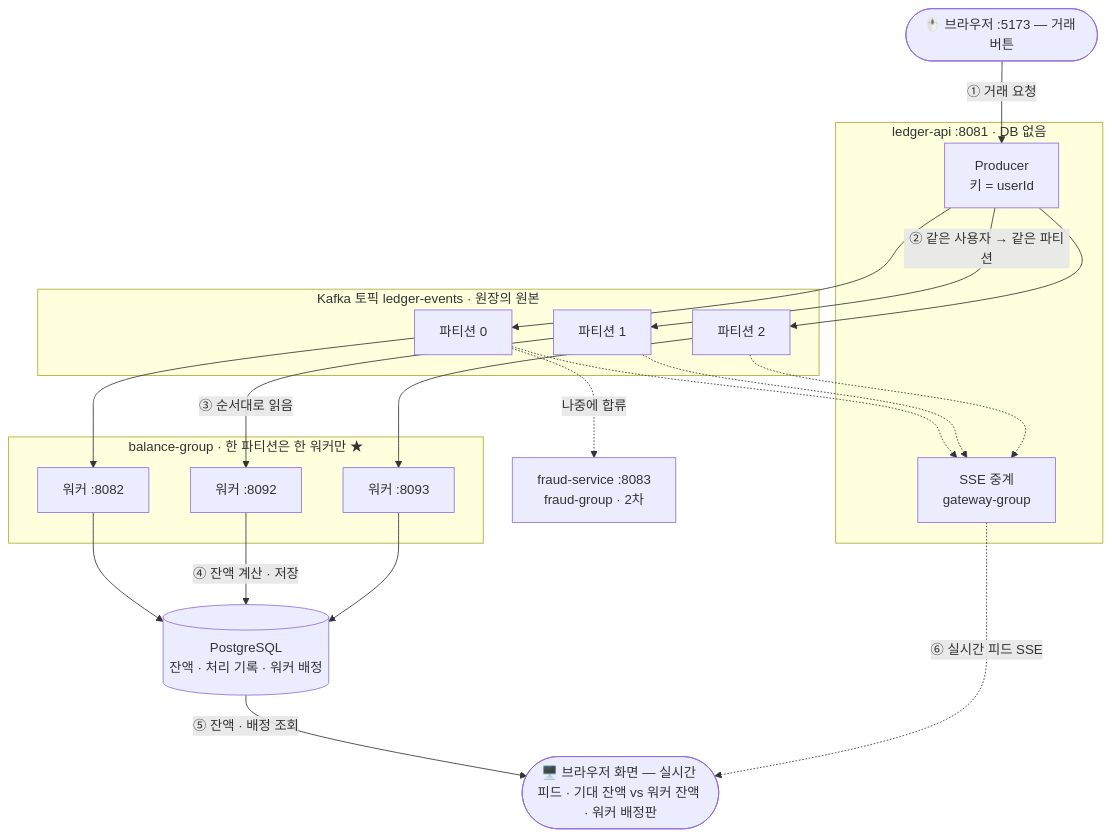
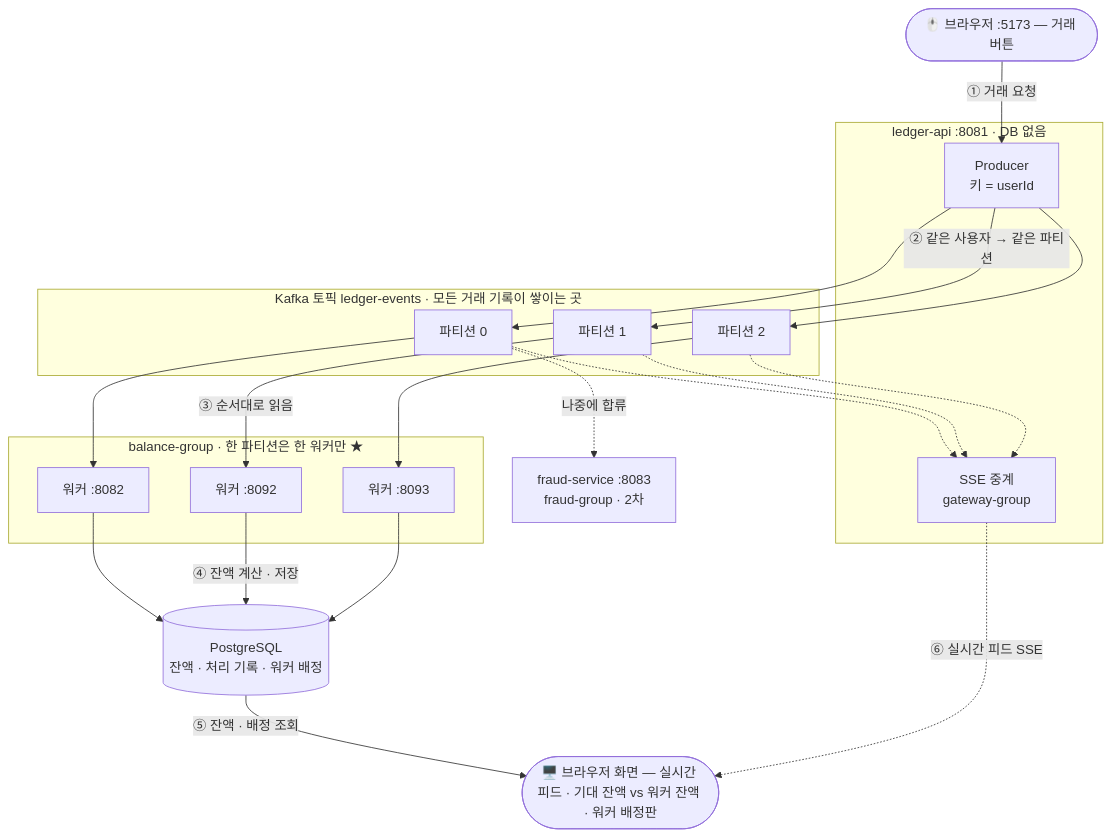
Before and after one commit to ytw9699/kafka_study: the diagram in README.md, drawn with Mermaid. The commit also changed other lines of this file and 11 other files, not shown here.

````diff
--- a/README.md
+++ b/README.md
@@ -27,42 +69,42 @@
 ```mermaid
 flowchart TB
     IN(["🖱️ 브라우저 :5173 — 거래 버튼"])
 
     subgraph API["ledger-api :8081 · DB 없음"]
         PUB["Producer<br/>키 = userId"]
         GW["SSE 중계<br/>gateway-group"]
     end
 
-    subgraph KAFKA["Kafka 토픽 ledger-events · 원장의 원본"]
+    subgraph KAFKA["Kafka 토픽 ledger-events · 모든 거래 기록이 쌓이는 곳"]
         P0["파티션 0"]
         P1["파티션 1"]
         P2["파티션 2"]
     end
 
     subgraph BG["balance-group · 한 파티션은 한 워커만 ★"]
         W1["워커 :8082"]
         W2["워커 :8092"]
         W3["워커 :8093"]
     end
 
     DB[("PostgreSQL<br/>잔액 · 처리 기록 · 워커 배정")]
     FR["fraud-service :8083<br/>fraud-group · 2차"]
     OUT(["🖥️ 브라우저 화면 — 실시간 피드 · 기대 잔액 vs 워커 잔액 · 워커 배정판"])
 
     IN -->|"① 거래 요청"| PUB
     PUB --> P0
     PUB -->|"② 같은 사용자 → 같은 파티션"| P1
     PUB --> P2
     P0 --> W1
     P1 -->|"③ 순서대로 읽음"| W2
     P2 --> W3
     W1 --> DB
     W2 -->|"④ 잔액 계산 · 저장"| DB
     W3 --> DB
     DB -->|"⑤ 잔액 · 배정 조회"| OUT
     P0 -.-> GW
     P1 -.-> GW
     P2 -.-> GW
     GW -.->|"⑥ 실시간 피드 SSE"| OUT
     P0 -.->|"나중에 합류"| FR
 ```
````
